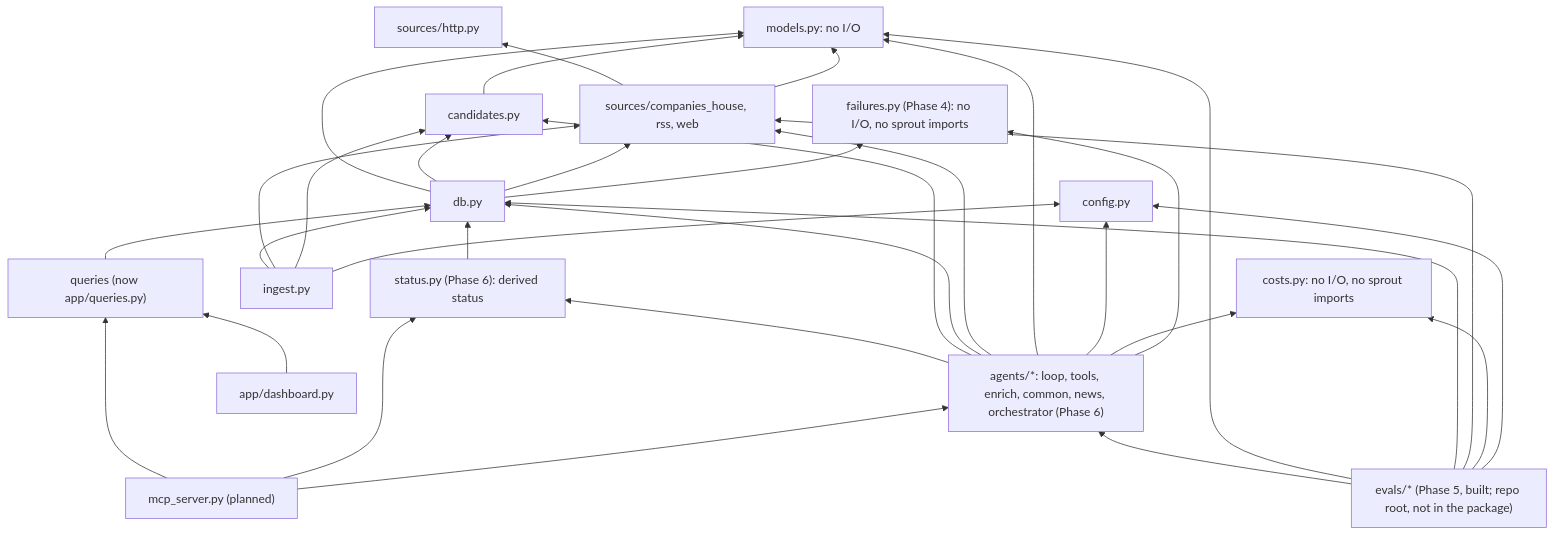
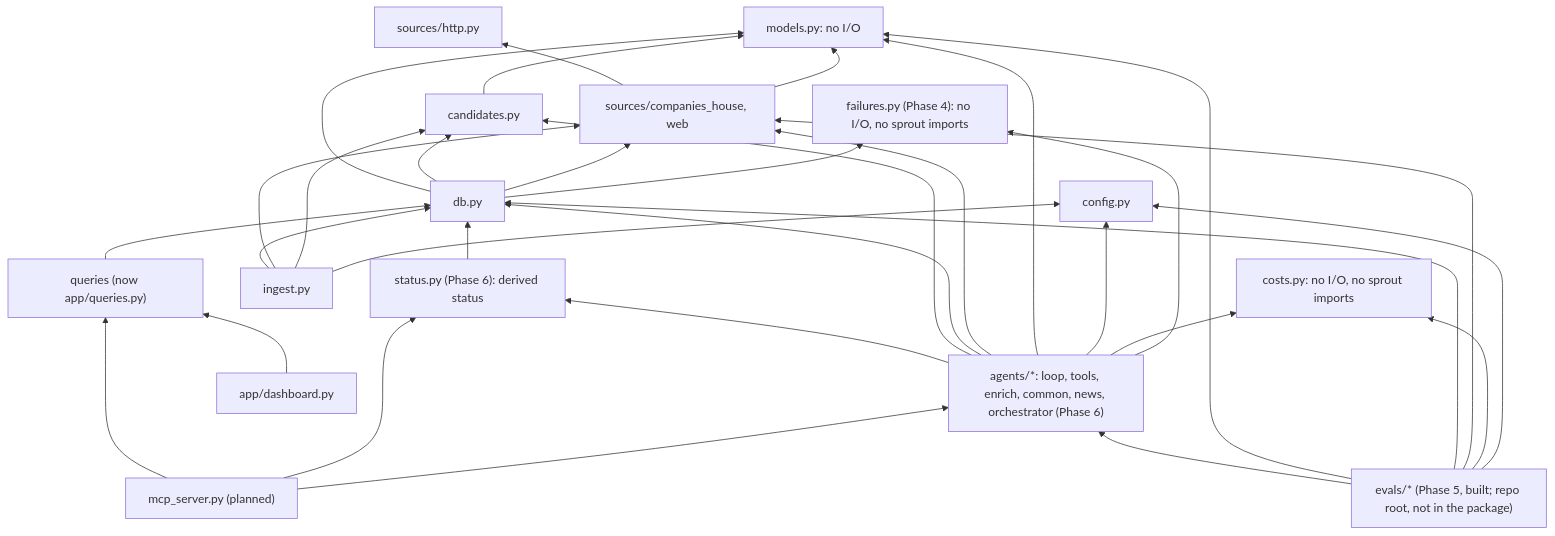
One commit to Farzaanee/sprout changed the first of 2 diagrams in docs/architecture/1. overview.md. Above: the diagram before and after it, drawn with Mermaid. The commit also changed other lines of this file and 39 other files, not shown here.

````diff
--- a/docs/architecture/1. overview.md
+++ b/docs/architecture/1. overview.md
@@ -23,49 +23,49 @@
 ```mermaid
 flowchart BT
     models["models.py: no I/O"]
     config["config.py"]
     costs["costs.py: no I/O, no sprout imports"]
     failures["failures.py (Phase 4): no I/O, no sprout imports"]
     candidates["candidates.py"]
     http["sources/http.py"]
-    sources["sources/companies_house, rss, web"]
+    sources["sources/companies_house, web"]
     db["db.py"]
     ingest["ingest.py"]
     queries["queries (now app/queries.py)"]
     statusmod["status.py (Phase 6): derived status"]
     agents["agents/*: loop, tools, enrich, common, news, orchestrator (Phase 6)"]
     mcp["mcp_server.py (planned)"]
     dash["app/dashboard.py"]
     evals["evals/* (Phase 5, built; repo root, not in the package)"]
     candidates --> models
     sources --> http
     sources --> models
     db --> models
     db --> candidates
     db --> sources
     db --> failures
     ingest --> db
     ingest --> sources
     ingest --> candidates
     ingest --> config
     queries --> db
     statusmod --> db
     agents --> statusmod
     agents --> candidates
     agents --> db
     agents --> sources
     agents --> models
     agents --> config
     agents --> costs
     agents --> failures
     mcp --> queries
     mcp --> statusmod
     mcp --> agents
     dash --> queries
     evals --> agents
     evals --> models
     evals --> db
     evals --> sources
     evals --> costs
     evals --> config
 ```
````
